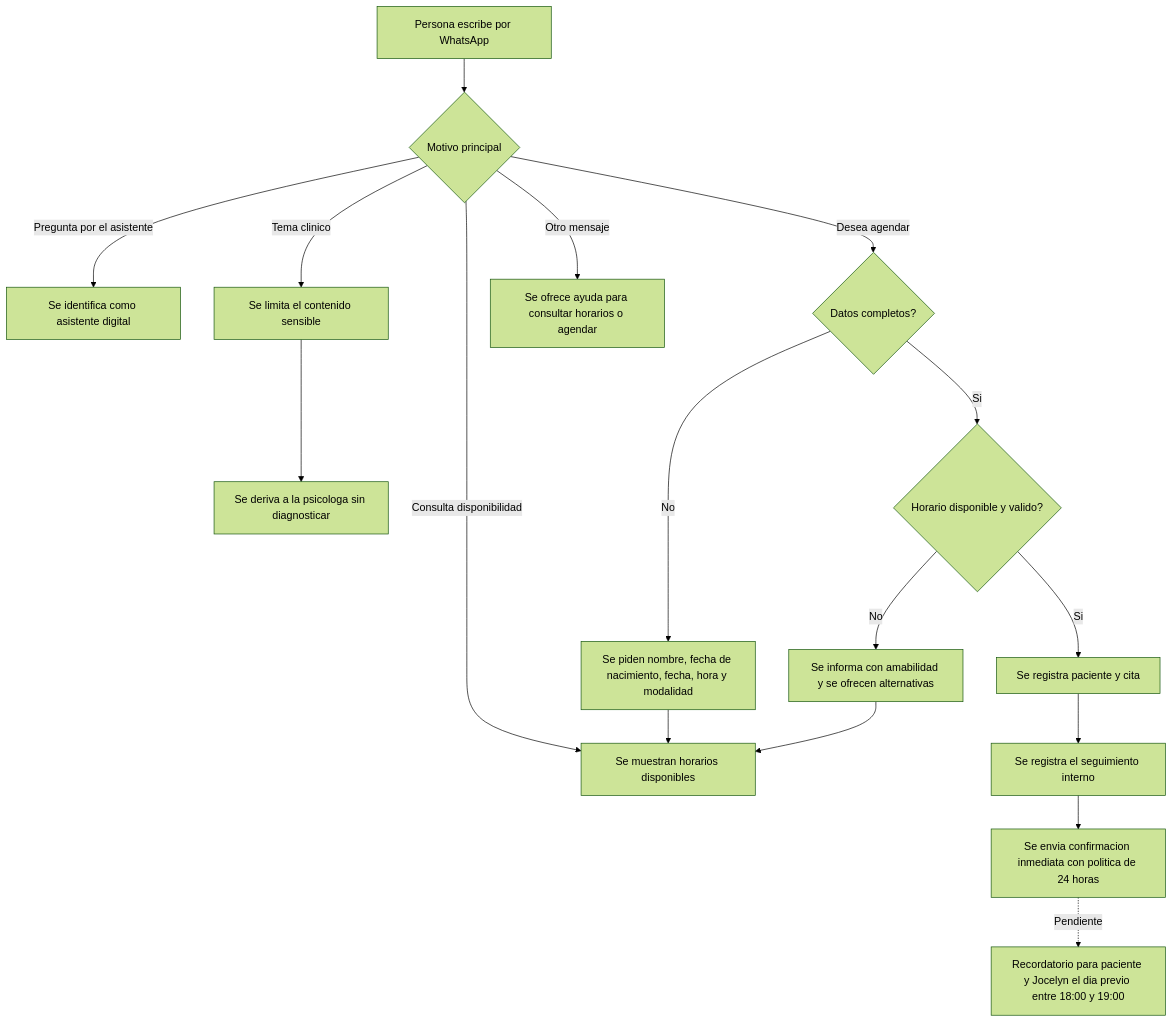
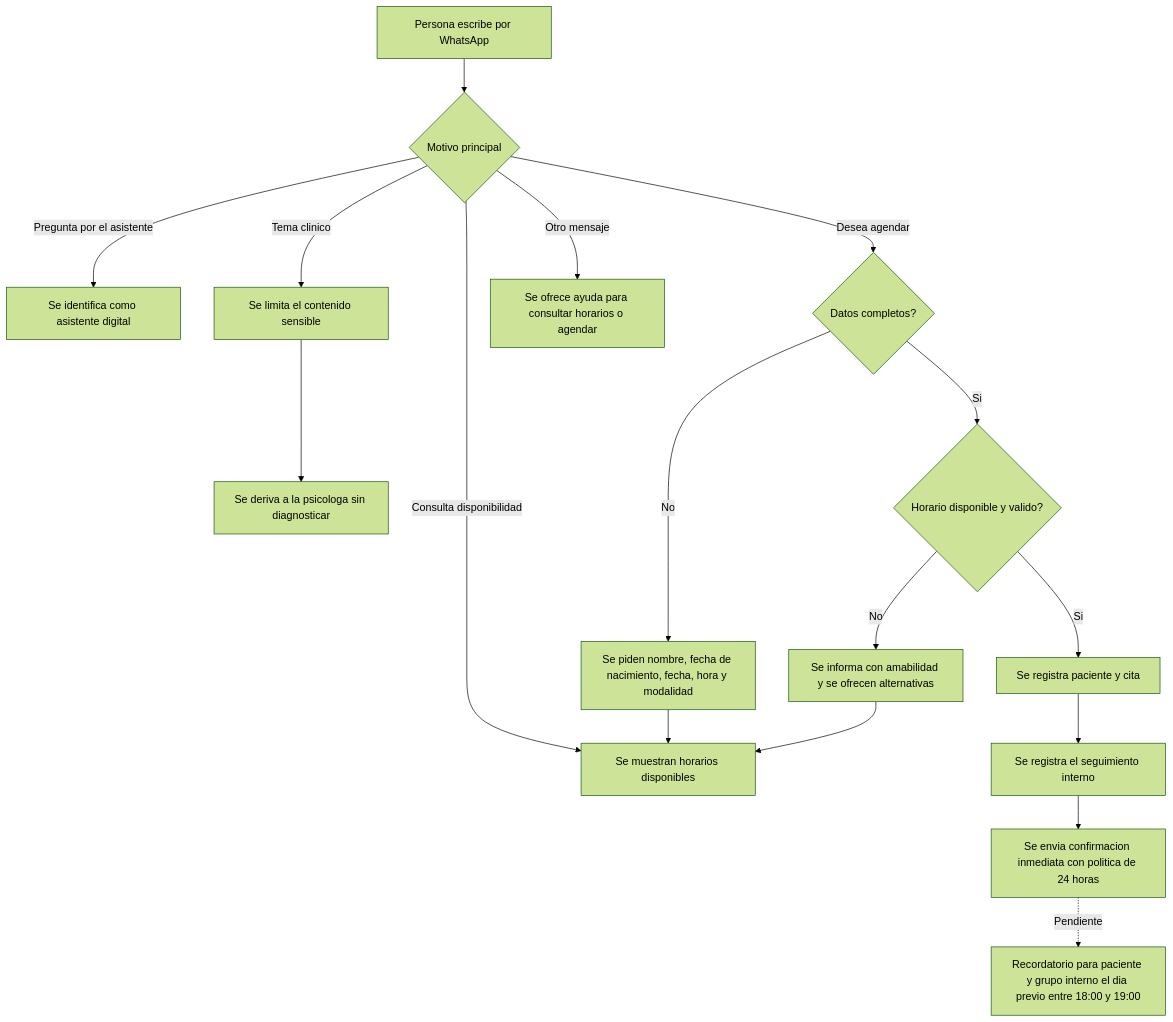
One commit to MauroMiranda0/saluddesdeelalma.org changed the diagram in docs/avance-dia-10.md. Above: the diagram before and after it, drawn with Mermaid (forest theme). The commit also changed other lines of this file and 30 other files, not shown here.

````diff
--- a/docs/avance-dia-10.md
+++ b/docs/avance-dia-10.md
@@ -55,19 +55,19 @@
 ```mermaid
 flowchart TD
     A[Persona escribe por WhatsApp] --> B{Motivo principal}
     B -->|Pregunta por el asistente| C[Se identifica como asistente digital]
     B -->|Tema clinico| D[Se limita el contenido sensible]
     D --> E[Se deriva a la psicologa sin diagnosticar]
     B -->|Consulta disponibilidad| F[Se muestran horarios disponibles]
     B -->|Desea agendar| G{Datos completos?}
     B -->|Otro mensaje| N[Se ofrece ayuda para consultar horarios o agendar]
     G -->|No| H[Se piden nombre, fecha de nacimiento, fecha, hora y modalidad]
     H --> F
     G -->|Si| I{Horario disponible y valido?}
     I -->|No| J[Se informa con amabilidad y se ofrecen alternativas]
     J --> F
     I -->|Si| K[Se registra paciente y cita]
     K --> L[Se registra el seguimiento interno]
     L --> M[Se envia confirmacion inmediata con politica de 24 horas]
-    M -. Pendiente .-> O[Recordatorio para paciente y Jocelyn el dia previo entre 18:00 y 19:00]
+    M -. Pendiente .-> O[Recordatorio para paciente y grupo interno el dia previo entre 18:00 y 19:00]
 ```
````
